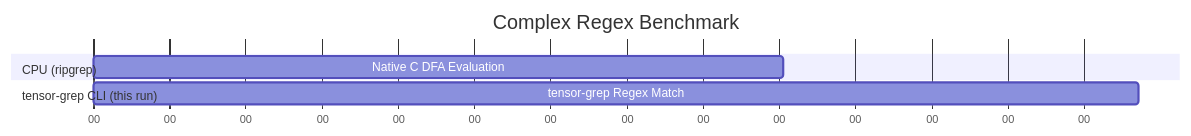
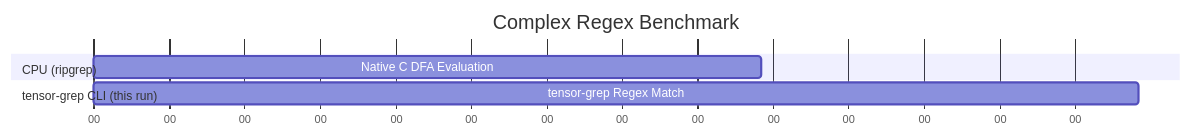
One commit to oimiragieo/tensor-grep changed the second of 3 diagrams in docs/PAPER.md. Above: the diagram before and after it, drawn with Mermaid. The commit also changed other lines of this file and 1 other file, not shown here.

````diff
--- a/docs/PAPER.md
+++ b/docs/PAPER.md
@@ -100,12 +100,12 @@
 ```mermaid
 gantt
     title Complex Regex Benchmark
     dateFormat  s
     axisFormat %S
     
     section CPU (ripgrep)
-    Native C DFA Evaluation :a1, 0, 0.453s
+    Native C DFA Evaluation :a1, 0, 0.442s
     
     section tensor-grep CLI (this run)
-    tensor-grep Regex Match :a2, 0, 0.686s
+    tensor-grep Regex Match :a2, 0, 0.692s
 ```
````
